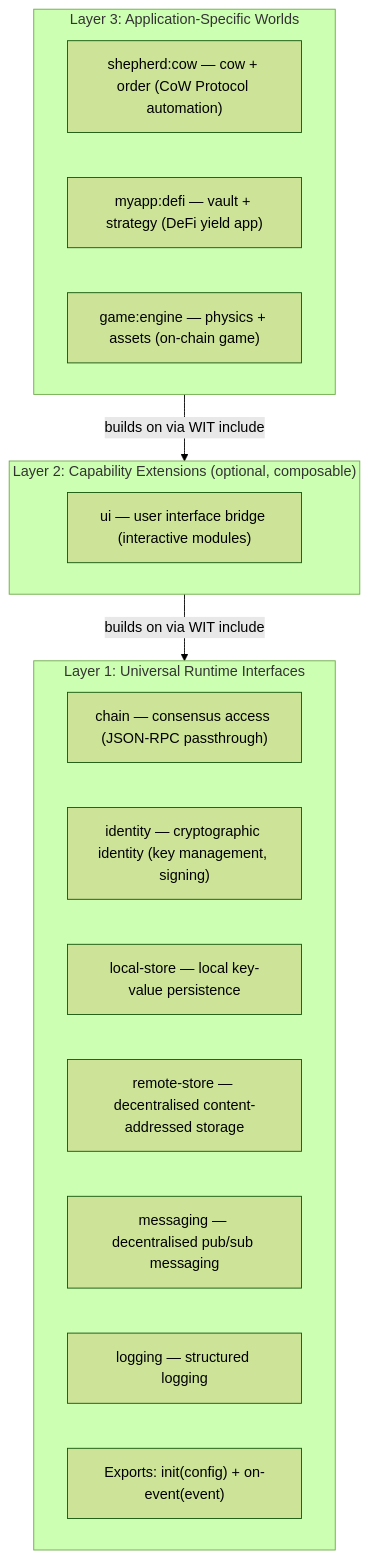
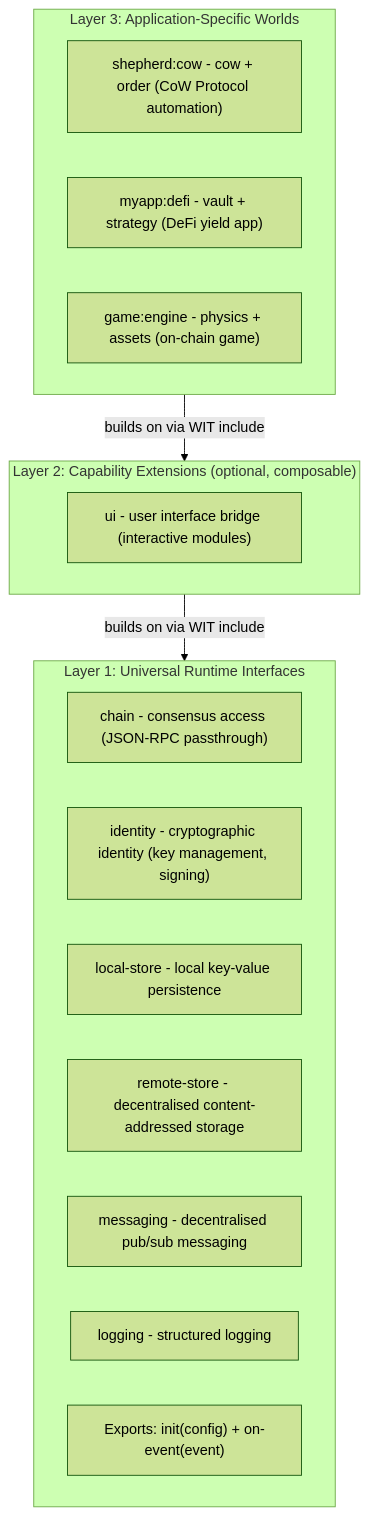
One commit to bleu/nullis-shepherd changed the first of 6 diagrams in docs/08-platform-generalisation.md. Above: the diagram before and after it, drawn with Mermaid (forest theme). The commit also changed other lines of this file and 36 other files, not shown here.

````diff
--- a/docs/08-platform-generalisation.md
+++ b/docs/08-platform-generalisation.md
@@ -48,25 +48,25 @@
 ```mermaid
 graph TD
     subgraph L3["Layer 3: Application-Specific Worlds"]
-        COW["shepherd:cow — cow + order (CoW Protocol automation)"]
-        DEFI["myapp:defi — vault + strategy (DeFi yield app)"]
-        GAME["game:engine — physics + assets (on-chain game)"]
+        COW["shepherd:cow - cow + order (CoW Protocol automation)"]
+        DEFI["myapp:defi - vault + strategy (DeFi yield app)"]
+        GAME["game:engine - physics + assets (on-chain game)"]
     end
 
     subgraph L2["Layer 2: Capability Extensions (optional, composable)"]
-        UI["ui — user interface bridge (interactive modules)"]
+        UI["ui - user interface bridge (interactive modules)"]
     end
 
     subgraph L1["Layer 1: Universal Runtime Interfaces"]
-        CSN["chain — consensus access (JSON-RPC passthrough)"]
-        ID["identity — cryptographic identity (key management, signing)"]
-        LS["local-store — local key-value persistence"]
-        RS["remote-store — decentralised content-addressed storage"]
-        MSG["messaging — decentralised pub/sub messaging"]
-        LOG["logging — structured logging"]
+        CSN["chain - consensus access (JSON-RPC passthrough)"]
+        ID["identity - cryptographic identity (key management, signing)"]
+        LS["local-store - local key-value persistence"]
+        RS["remote-store - decentralised content-addressed storage"]
+        MSG["messaging - decentralised pub/sub messaging"]
+        LOG["logging - structured logging"]
         EXP["Exports: init(config) + on-event(event)"]
     end
 
     L3 -->|"builds on via WIT include"| L2
     L2 -->|"builds on via WIT include"| L1
 ```
````
